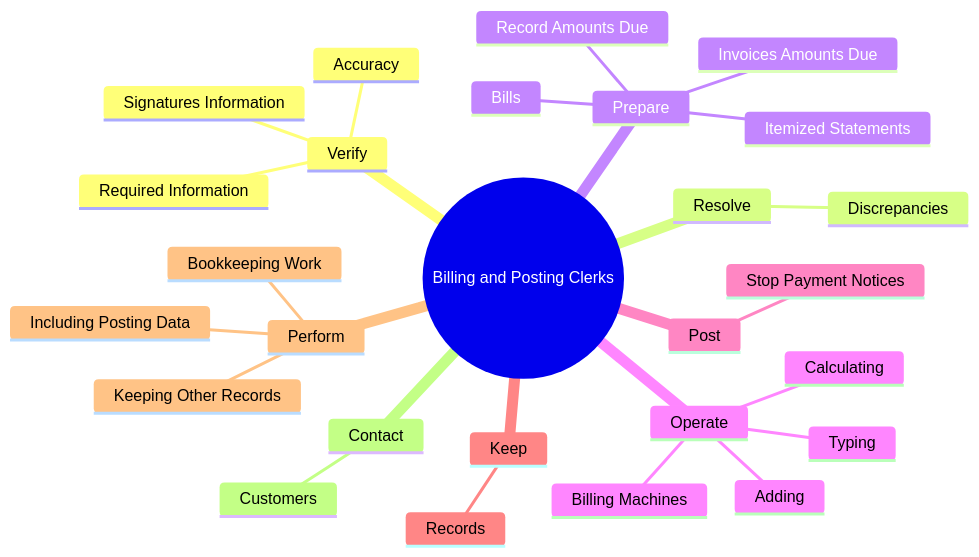
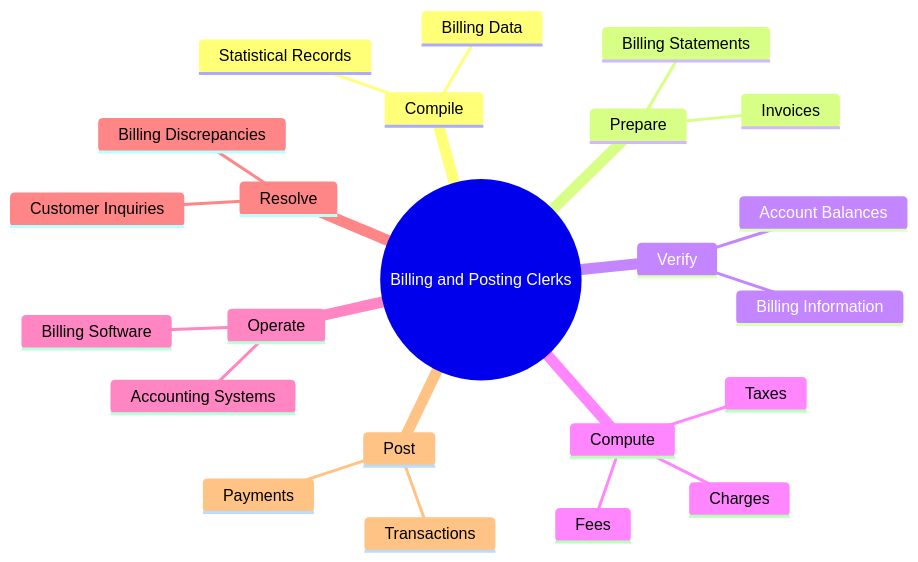
Before and after one commit to kziemski/business.org.ai: the second of 4 diagrams in occupations/Administrative/BillingAndPostingClerks.mdx, drawn with Mermaid. The commit also changed other lines of this file and 938 other files, not shown here.

````diff
--- a/occupations/Administrative/BillingAndPostingClerks.mdx
+++ b/occupations/Administrative/BillingAndPostingClerks.mdx
@@ -37,30 +45,26 @@
 ```mermaid
 mindmap
     root(("Billing and Posting Clerks"))
+        Compile
+            Billing Data
+            Statistical Records
+        Prepare
+            Invoices
+            Billing Statements
         Verify
-            Accuracy
-            Signatures Information
-            Required Information
+            Billing Information
+            Account Balances
+        Compute
+            Charges
+            Fees
+            Taxes
+        Operate
+            Billing Software
+            Accounting Systems
         Resolve
-            Discrepancies
-        Prepare
-            Itemized Statements
-            Bills
-            Invoices Amounts Due
-            Record Amounts Due
-        Operate
-            Typing
-            Adding
-            Calculating
-            Billing Machines
+            Billing Discrepancies
+            Customer Inquiries
         Post
-            Stop Payment Notices
-        Keep
-            Records
-        Perform
-            Bookkeeping Work
-            Including Posting Data
-            Keeping Other Records
-        Contact
-            Customers
+            Transactions
+            Payments
 ```
````
